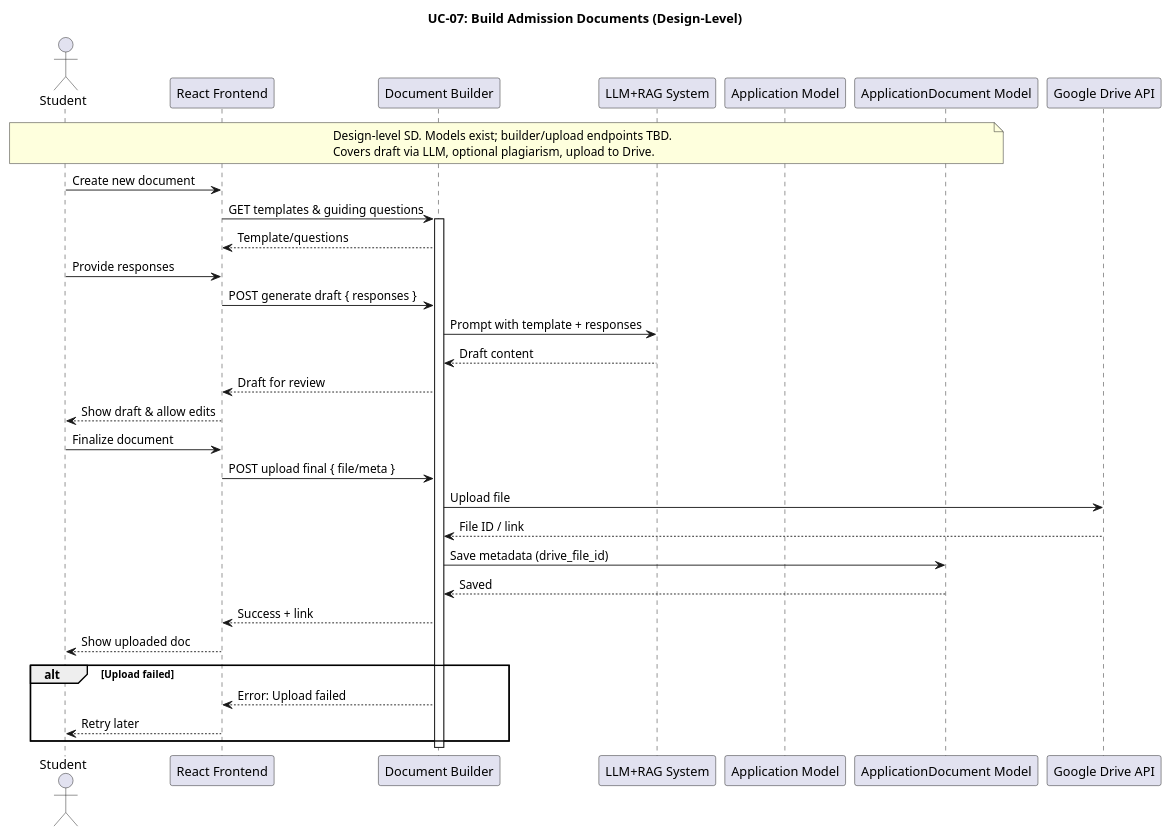
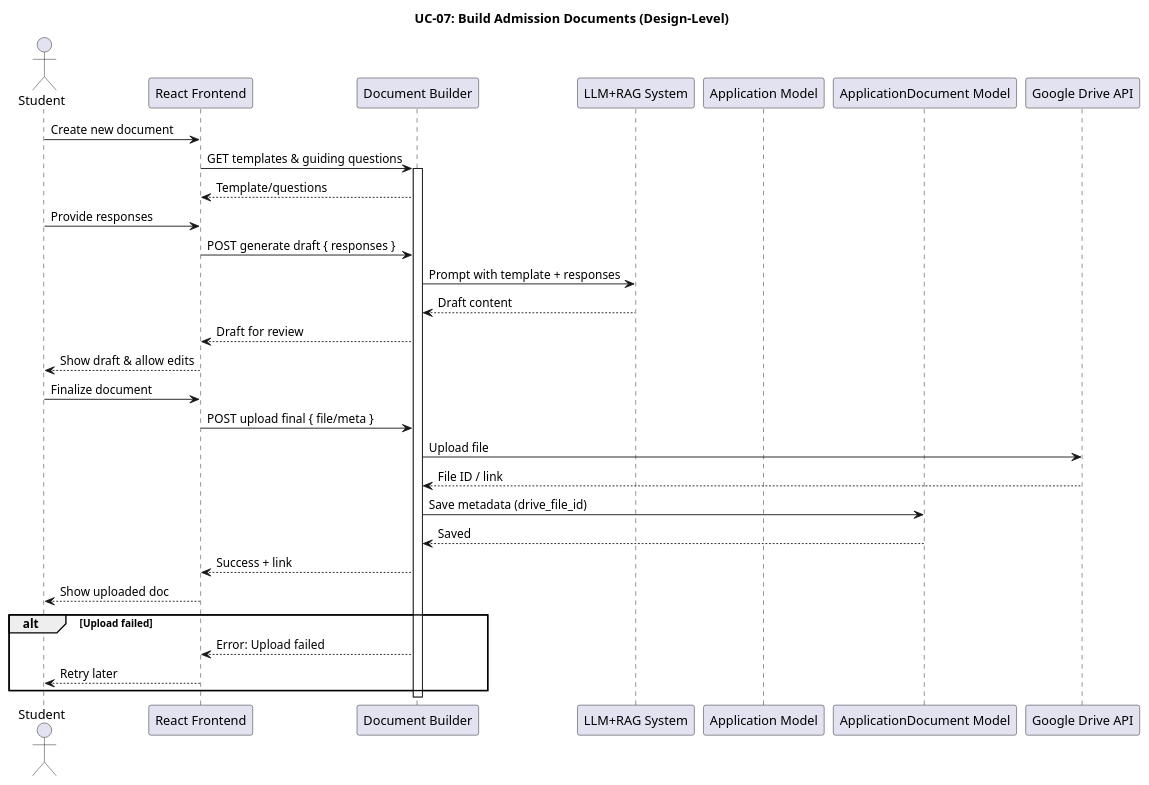
One commit to MMMustafakamran/SDs changed the diagram in planttext/uc07-build-documents.puml. Above: the diagram before and after it, drawn with PlantUML. The commit also changed 15 other files, not shown here.

```diff
--- a/planttext/uc07-build-documents.puml
+++ b/planttext/uc07-build-documents.puml
@@ -1,50 +1,46 @@
 @startuml
 title UC-07: Build Admission Documents (Design-Level)
 
 actor Student
 participant Frontend as "React Frontend"
 participant DocumentAPI as "Document Builder"
 participant LLM as "LLM+RAG System"
 participant Application as "Application Model"
 participant ApplicationDocument as "ApplicationDocument Model"
 participant Drive as "Google Drive API"
 
-note over Student, ApplicationDocument
-Design-level SD. Models exist; builder/upload endpoints TBD.
-Covers draft via LLM, optional plagiarism, upload to Drive.
-end note
 
 '======================
 ' Start document creation
 '======================
 Student -> Frontend : Create new document
 Frontend -> DocumentAPI : GET templates & guiding questions
 activate DocumentAPI
 DocumentAPI --> Frontend : Template/questions
 Student -> Frontend : Provide responses
 Frontend -> DocumentAPI : POST generate draft { responses }
 DocumentAPI -> LLM : Prompt with template + responses
 LLM --> DocumentAPI : Draft content
 DocumentAPI --> Frontend : Draft for review
 Frontend --> Student : Show draft & allow edits
 
 '======================
 ' Finalize and upload
 '======================
 Student -> Frontend : Finalize document
 Frontend -> DocumentAPI : POST upload final { file/meta }
 DocumentAPI -> Drive : Upload file
 Drive --> DocumentAPI : File ID / link
 DocumentAPI -> ApplicationDocument : Save metadata (drive_file_id)
 ApplicationDocument --> DocumentAPI : Saved
 DocumentAPI --> Frontend : Success + link
 Frontend --> Student : Show uploaded doc
 
 alt Upload failed
     DocumentAPI --> Frontend : Error: Upload failed
     Frontend --> Student : Retry later
 end
 
 deactivate DocumentAPI
 
 @enduml
```
